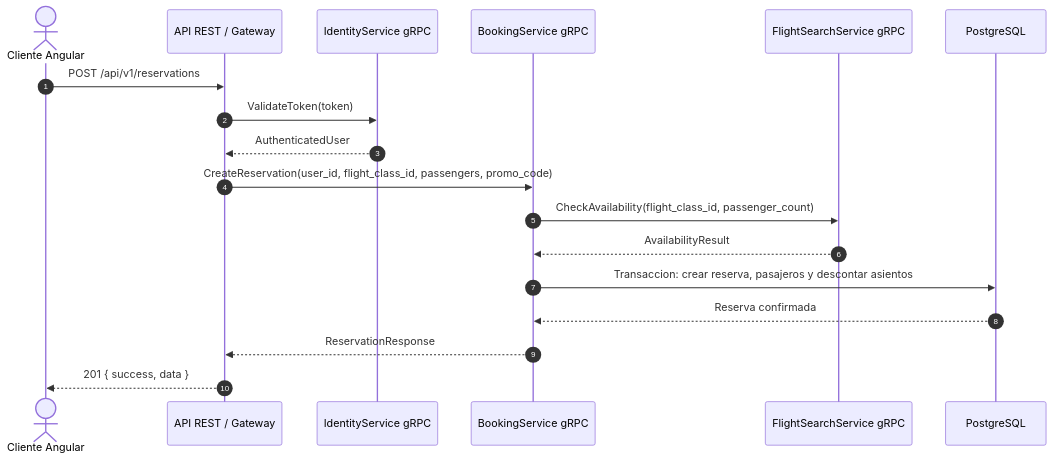
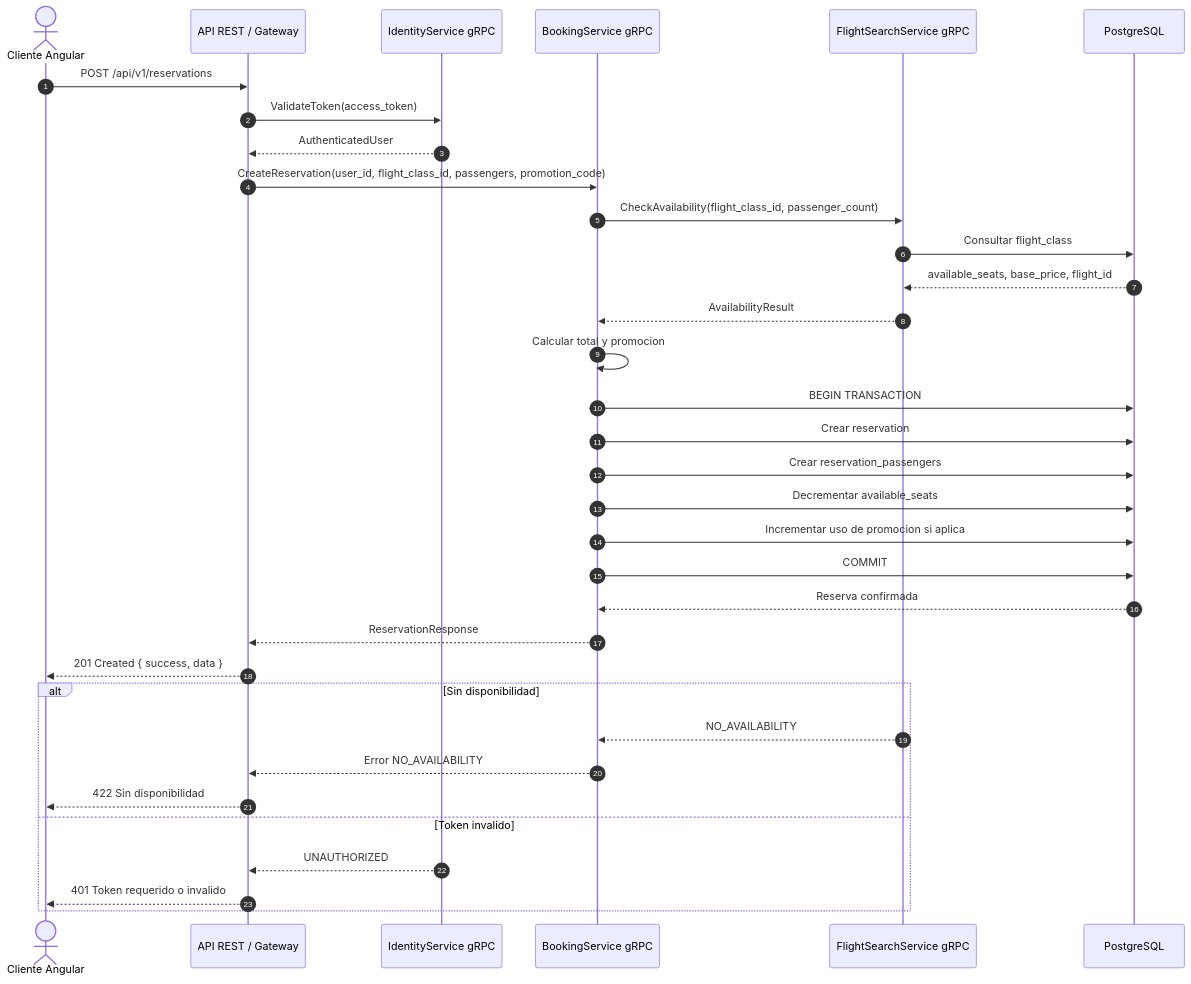
One commit to jccevallost/Integracion.Sistemas2026 changed the fifth of 8 diagrams in Sistema_vuelos.v1/docs/diagramas-secuencia-grpc.md. Above: the diagram before and after it, drawn with Mermaid. The commit also changed other lines of this file and 2 other files, not shown here.

Commit message:
feat: mejorar busqueda y extras de reserva

````diff
--- a/Sistema_vuelos.v1/docs/diagramas-secuencia-grpc.md
+++ b/Sistema_vuelos.v1/docs/diagramas-secuencia-grpc.md
@@ -60,21 +171,41 @@
 ```mermaid
 sequenceDiagram
     autonumber
     actor Cliente as Cliente Angular
     participant Gateway as API REST / Gateway
     participant Identity as IdentityService gRPC
     participant Booking as BookingService gRPC
     participant Flights as FlightSearchService gRPC
     participant DB as PostgreSQL
 
     Cliente->>Gateway: POST /api/v1/reservations
-    Gateway->>Identity: ValidateToken(token)
+    Gateway->>Identity: ValidateToken(access_token)
     Identity-->>Gateway: AuthenticatedUser
-    Gateway->>Booking: CreateReservation(user_id, flight_class_id, passengers, promo_code)
+
+    Gateway->>Booking: CreateReservation(user_id, flight_class_id, passengers, promotion_code)
     Booking->>Flights: CheckAvailability(flight_class_id, passenger_count)
+    Flights->>DB: Consultar flight_class
+    DB-->>Flights: available_seats, base_price, flight_id
     Flights-->>Booking: AvailabilityResult
-    Booking->>DB: Transaccion: crear reserva, pasajeros y descontar asientos
+
+    Booking->>Booking: Calcular total y promocion
+    Booking->>DB: BEGIN TRANSACTION
+    Booking->>DB: Crear reservation
+    Booking->>DB: Crear reservation_passengers
+    Booking->>DB: Decrementar available_seats
+    Booking->>DB: Incrementar uso de promocion si aplica
+    Booking->>DB: COMMIT
+
     DB-->>Booking: Reserva confirmada
     Booking-->>Gateway: ReservationResponse
-    Gateway-->>Cliente: 201 { success, data }
+    Gateway-->>Cliente: 201 Created { success, data }
+
+    alt Sin disponibilidad
+        Flights-->>Booking: NO_AVAILABILITY
+        Booking-->>Gateway: Error NO_AVAILABILITY
+        Gateway-->>Cliente: 422 Sin disponibilidad
+    else Token invalido
+        Identity-->>Gateway: UNAUTHORIZED
+        Gateway-->>Cliente: 401 Token requerido o invalido
+    end
 ```
````
